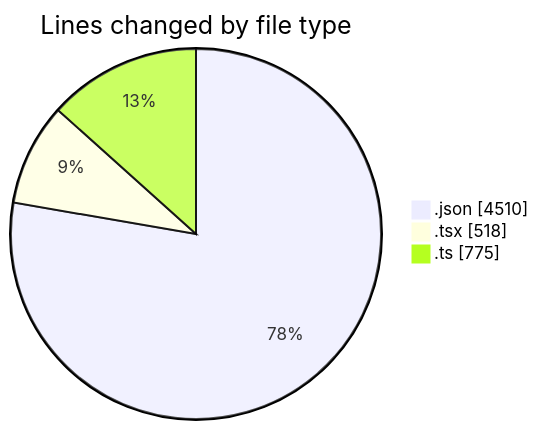
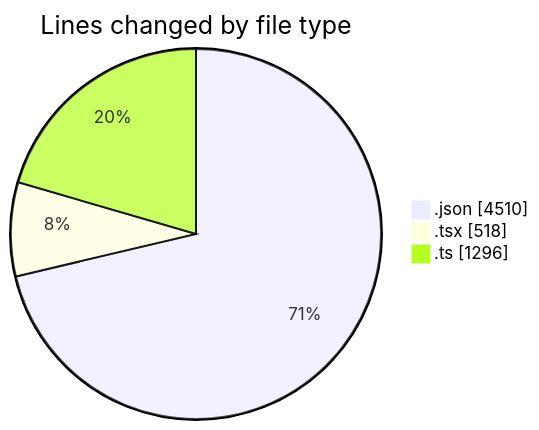
Before and after one commit to CELIANVF/code-tracking: the first of 2 diagrams in 2025-05-05/ecodeli/README.md, drawn with Mermaid. The commit also changed other lines of this file and 1 other file, not shown here.

````diff
--- a/2025-05-05/ecodeli/README.md
+++ b/2025-05-05/ecodeli/README.md
@@ -25,7 +27,7 @@
 ```mermaid
 pie showData
 title Lines changed by file type
 ".json" : 4510
 ".tsx" : 518
-".ts" : 775
+".ts" : 1296
 ```
````
